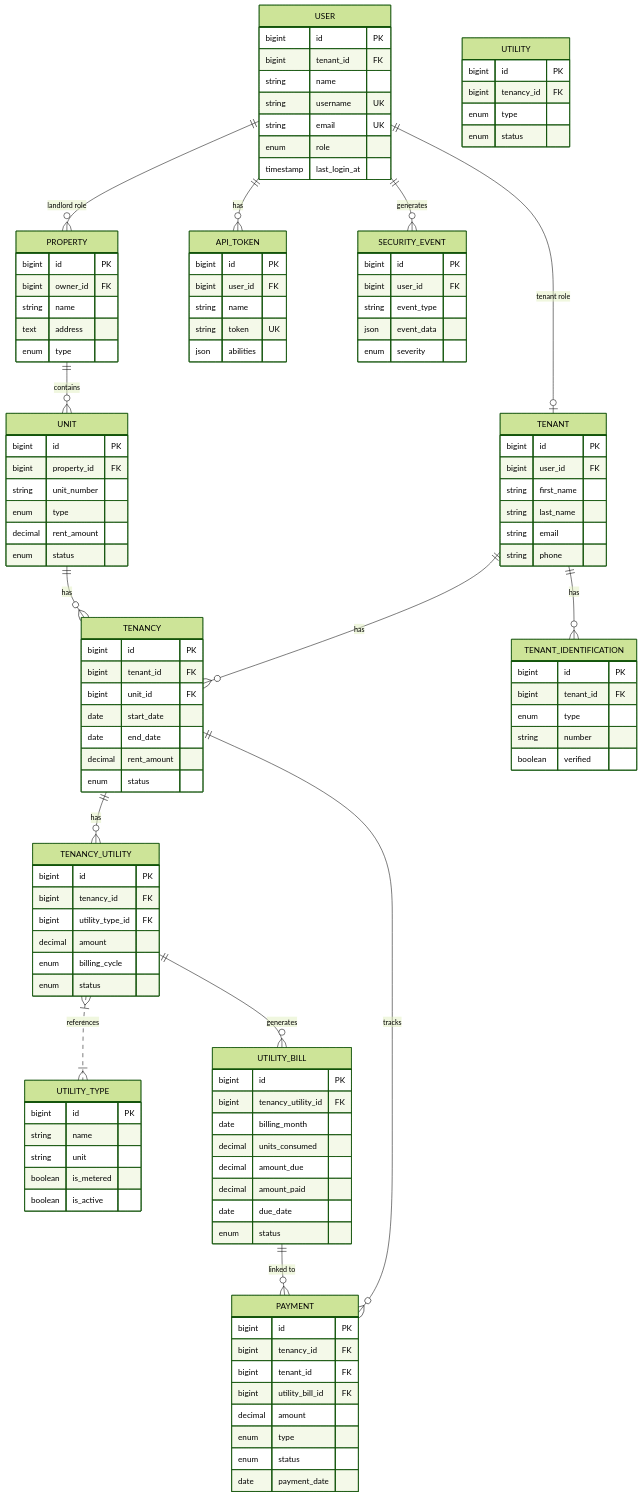
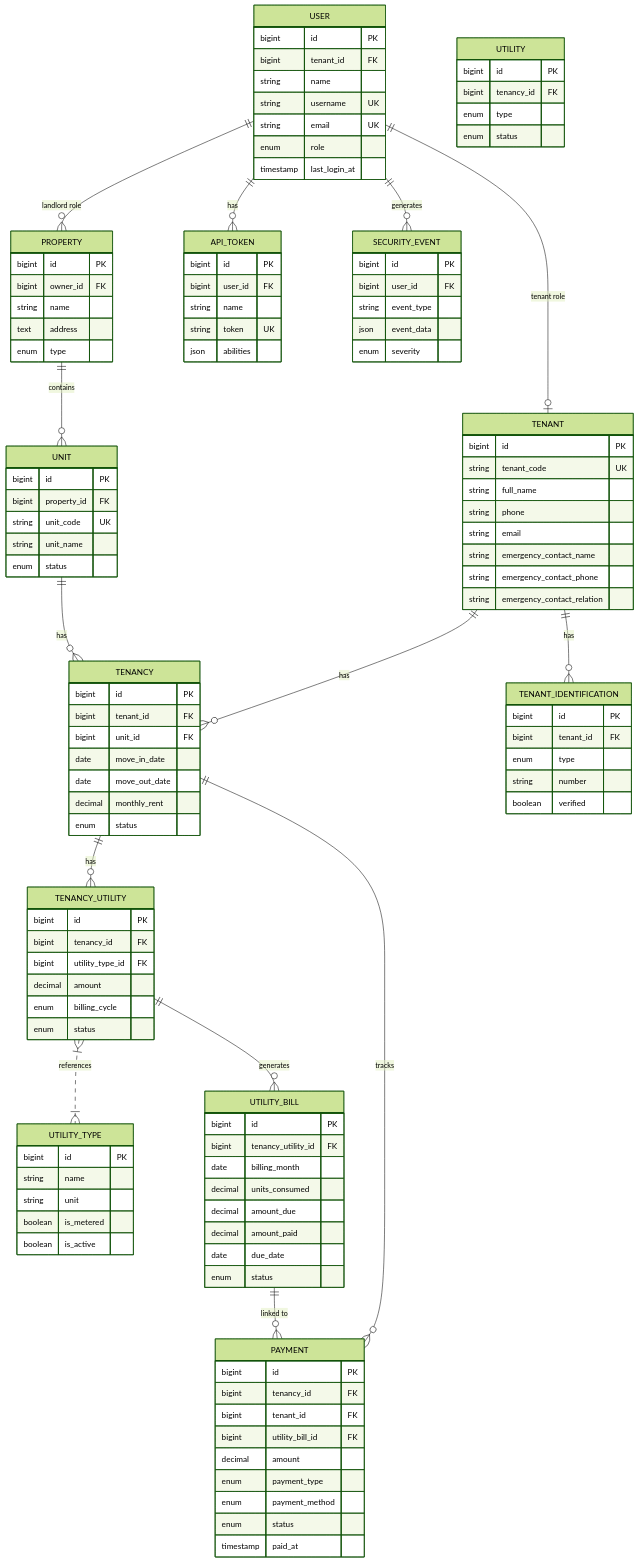
Before and after one commit to luisosena/estate: the second of 2 diagrams in docs/projectsummary/DATABASE_SCHEMA.md, drawn with Mermaid (forest theme). The commit also changed other lines of this file and 2 other files, not shown here.

```diff
--- a/docs/projectsummary/DATABASE_SCHEMA.md
+++ b/docs/projectsummary/DATABASE_SCHEMA.md
@@ -713,11 +702,13 @@
     
     TENANT {
         bigint id PK
-        bigint user_id FK
-        string first_name
-        string last_name
+        string tenant_code UK
+        string full_name
+        string phone
         string email
-        string phone
+        string emergency_contact_name
+        string emergency_contact_phone
+        string emergency_contact_relation
     }
     
     PROPERTY {
@@ -731,9 +722,8 @@
     UNIT {
         bigint id PK
         bigint property_id FK
-        string unit_number
-        enum type
-        decimal rent_amount
+        string unit_code UK
+        string unit_name
         enum status
     }
     
@@ -741,9 +731,9 @@
         bigint id PK
         bigint tenant_id FK
         bigint unit_id FK
-        date start_date
-        date end_date
-        decimal rent_amount
+        date move_in_date
+        date move_out_date
+        decimal monthly_rent
         enum status
     }
     
@@ -753,9 +743,10 @@
         bigint tenant_id FK
         bigint utility_bill_id FK
         decimal amount
-        enum type
+        enum payment_type
+        enum payment_method
         enum status
-        date payment_date
+        timestamp paid_at
     }
     
     UTILITY_TYPE {
```
